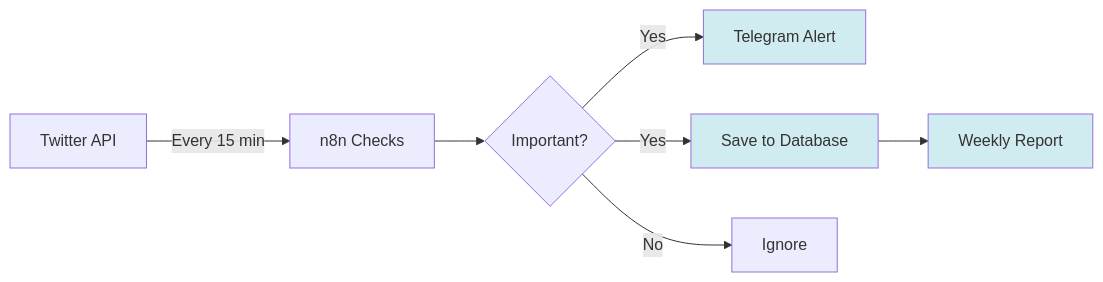
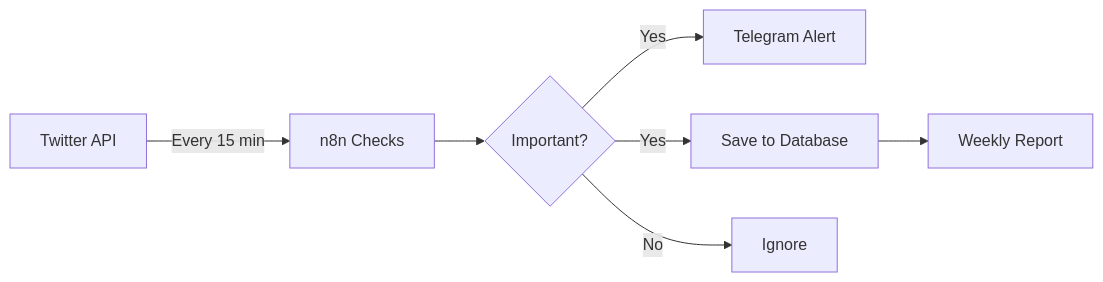
The third of 8 diagrams in lessons/01-foundations/theory/02-use-cases.md (wtoloza-dev/ZTH-n8n-Engineer), drawn with Mermaid before and after one commit. The commit also changed other lines of this file and 31 other files, not shown here.

````diff
--- a/lessons/01-foundations/theory/02-use-cases.md
+++ b/lessons/01-foundations/theory/02-use-cases.md
@@ -72,13 +72,10 @@
 ```mermaid
 graph LR
     A[Twitter API] -->|Every 15 min| B[n8n Checks]
     B --> C{Important?}
     C -->|Yes| D[Telegram Alert]
     C -->|Yes| E[Save to Database]
     C -->|No| F[Ignore]
     E --> G[Weekly Report]
     
-    style D fill:#d1ecf1
-    style E fill:#d1ecf1
-    style G fill:#d1ecf1
 ```
````
